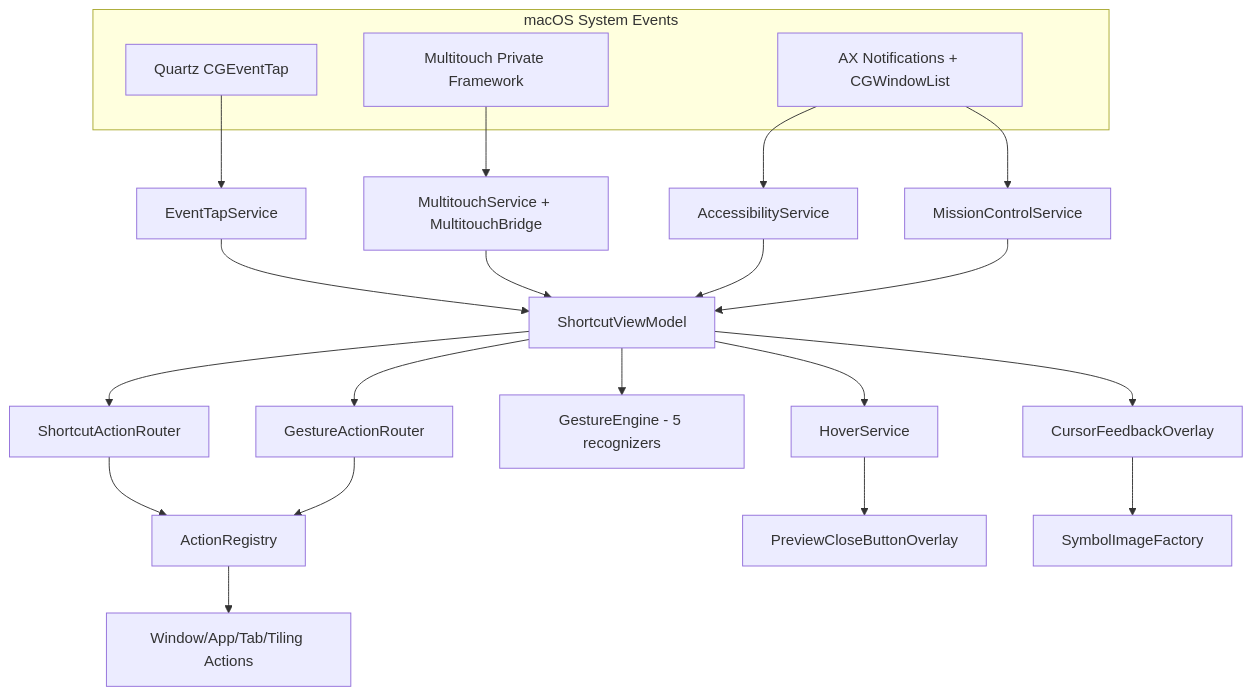
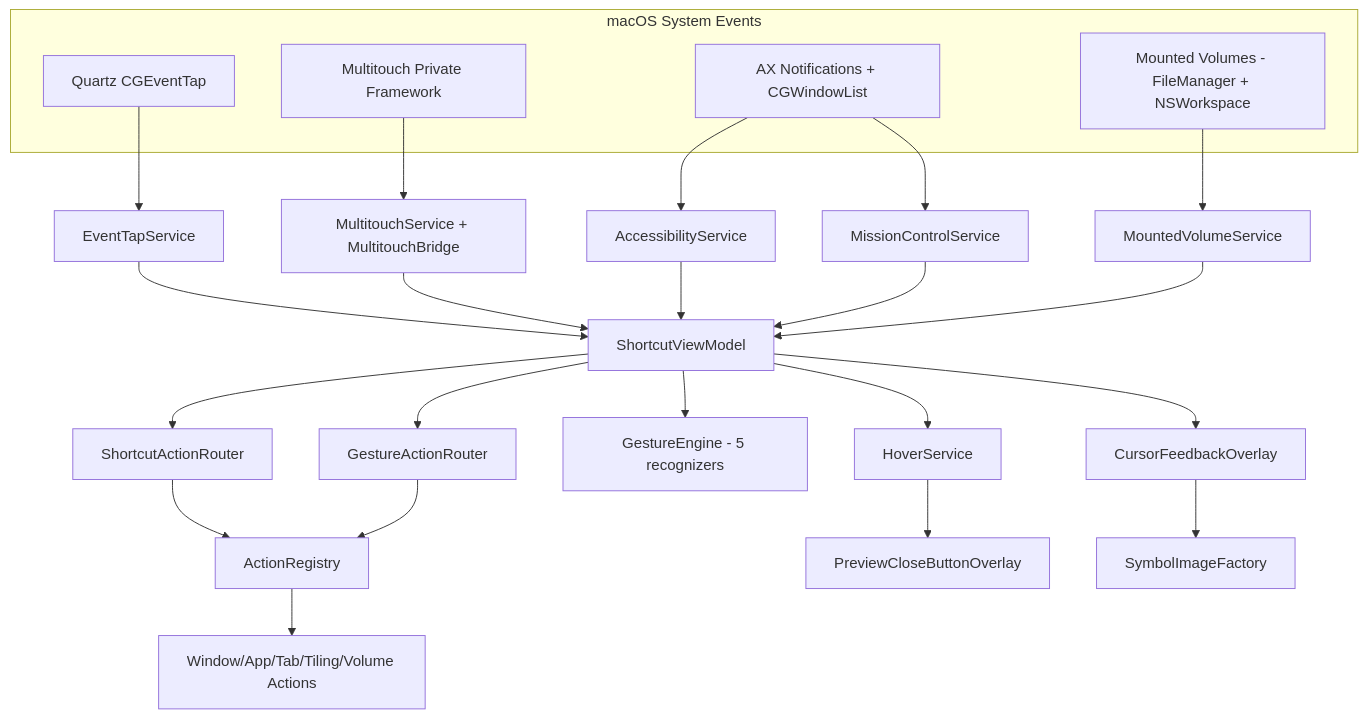
One commit to ShubhamJ010/MCSC changed the first of 3 diagrams in docs/ARCHITECTURE.md. Above: the diagram before and after it, drawn with Mermaid. The commit also changed other lines of this file and 21 other files, not shown here.

First line of the commit message:
feat(volume): mounted volume auto-eject for Cmd+W/Q and gestures (0.4.1)

````diff
--- a/docs/ARCHITECTURE.md
+++ b/docs/ARCHITECTURE.md
@@ -76,22 +77,24 @@
 ```mermaid
 flowchart TB
     subgraph System[macOS System Events]
       CG[Quartz CGEventTap]
       MT[Multitouch Private Framework]
       AX[AX Notifications + CGWindowList]
+      VOL[Mounted Volumes - FileManager + NSWorkspace]
     end
     CG --> ETS[EventTapService]
     MT --> MTS[MultitouchService + MultitouchBridge]
     AX --> ACS[AccessibilityService]
     AX --> MCS[MissionControlService]
-    ETS & MTS & ACS & MCS --> VM[ShortcutViewModel]
+    VOL --> MVS[MountedVolumeService]
+    ETS & MTS & ACS & MCS & MVS --> VM[ShortcutViewModel]
     VM --> SR[ShortcutActionRouter]
     VM --> GR[GestureActionRouter]
     VM --> GE[GestureEngine - 5 recognizers]
     VM --> HS[HoverService]
     VM --> CF[CursorFeedbackOverlay]
     SR & GR --> REG[ActionRegistry]
-    REG --> WA[Window/App/Tab/Tiling Actions]
+    REG --> WA[Window/App/Tab/Tiling/Volume Actions]
     HS --> PCO[PreviewCloseButtonOverlay]
     CF --> SF[SymbolImageFactory]
 ```
````
